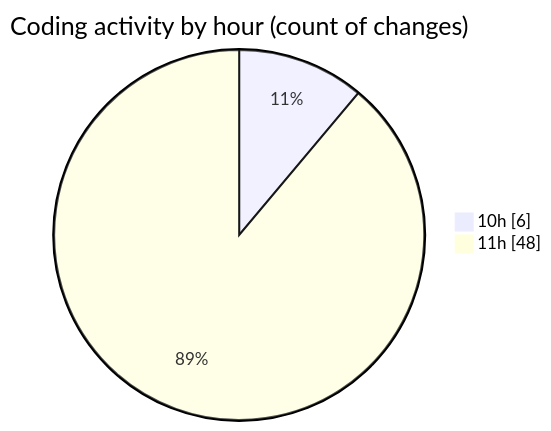
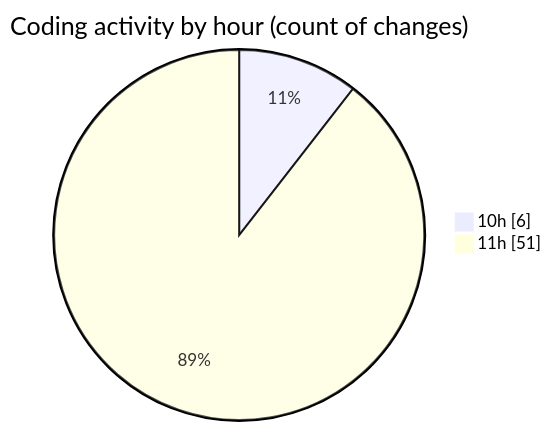
The second of 2 diagrams in 2026-04-09/airfeed-analytics-dashboard/README.md (nxtqubesakshisongat/code-tracking), drawn with Mermaid before and after one commit. The commit also changed other lines of this file and 1 other file, not shown here.

````diff
--- a/2026-04-09/airfeed-analytics-dashboard/README.md
+++ b/2026-04-09/airfeed-analytics-dashboard/README.md
@@ -34,6 +34,6 @@
 ```mermaid
 pie showData
 title Coding activity by hour (count of changes)
 "10h" : 6
-"11h" : 48
+"11h" : 51
 ```
````
